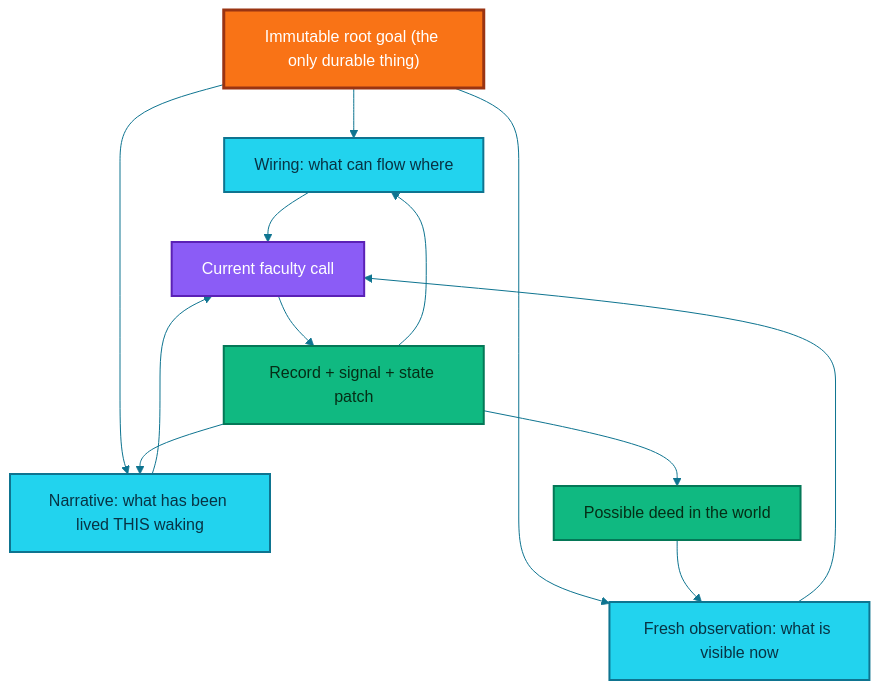
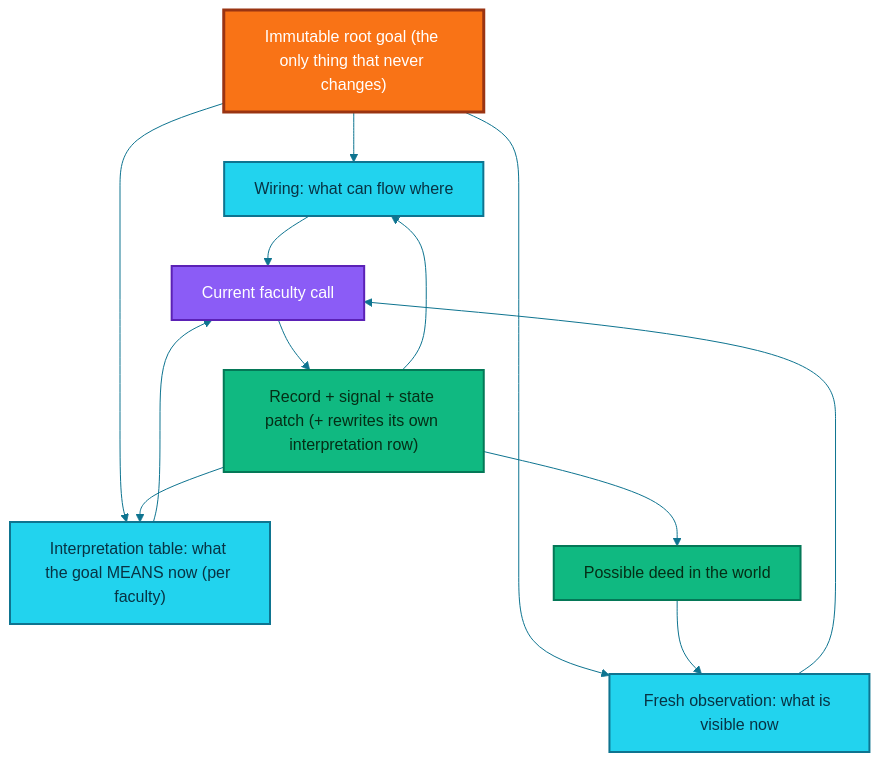
One commit to wgabrys88/endgame-ai changed the first of 3 diagrams in README.md. Above: the diagram before and after it, drawn with Mermaid. The commit also changed other lines of this file, not shown here.

````diff
--- a/README.md
+++ b/README.md
@@ -122,23 +60,23 @@
 ```mermaid
 %%{init: {"theme":"base","themeVariables":{"background":"#ecfeff","primaryTextColor":"#164e63","lineColor":"#0e7490"}}}%%
 flowchart TB
-    GOAL["Immutable root goal (the only durable thing)"] --> FORM["Wiring: what can flow where"]
-    GOAL --> MEMORY["Narrative: what has been lived THIS waking"]
+    GOAL["Immutable root goal (the only thing that never changes)"] --> FORM["Wiring: what can flow where"]
+    GOAL --> INTERP["Interpretation table: what the goal MEANS now (per faculty)"]
     GOAL --> NOW["Fresh observation: what is visible now"]
     FORM --> MIND["Current faculty call"]
-    MEMORY --> MIND
+    INTERP --> MIND
     NOW --> MIND
-    MIND --> SIGNAL["Record + signal + state patch"]
+    MIND --> SIGNAL["Record + signal + state patch (+ rewrites its own interpretation row)"]
+    SIGNAL --> INTERP
     SIGNAL --> FORM
-    SIGNAL --> MEMORY
     SIGNAL --> WORLD["Possible deed in the world"]
     WORLD --> NOW
     classDef goal fill:#f97316,stroke:#9a3412,color:#ffffff,stroke-width:3px;
     classDef substrate fill:#22d3ee,stroke:#0e7490,color:#083344,stroke-width:2px;
     classDef mind fill:#8b5cf6,stroke:#5b21b6,color:#ffffff,stroke-width:2px;
     classDef flow fill:#10b981,stroke:#047857,color:#052e16,stroke-width:2px;
     class GOAL goal;
-    class FORM,MEMORY,NOW substrate;
+    class FORM,INTERP,NOW substrate;
     class MIND mind;
     class SIGNAL,WORLD flow;
 ```
````
